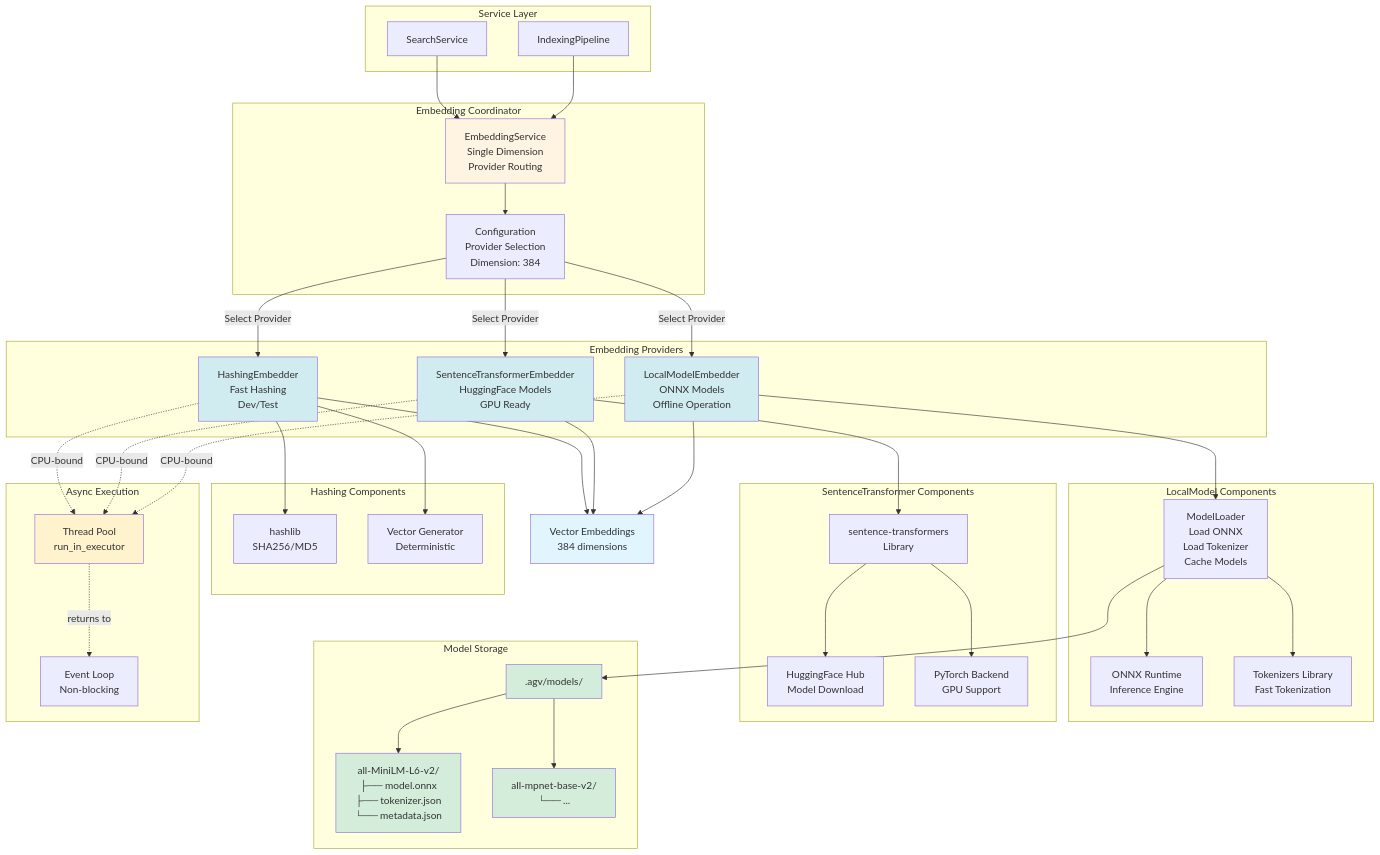
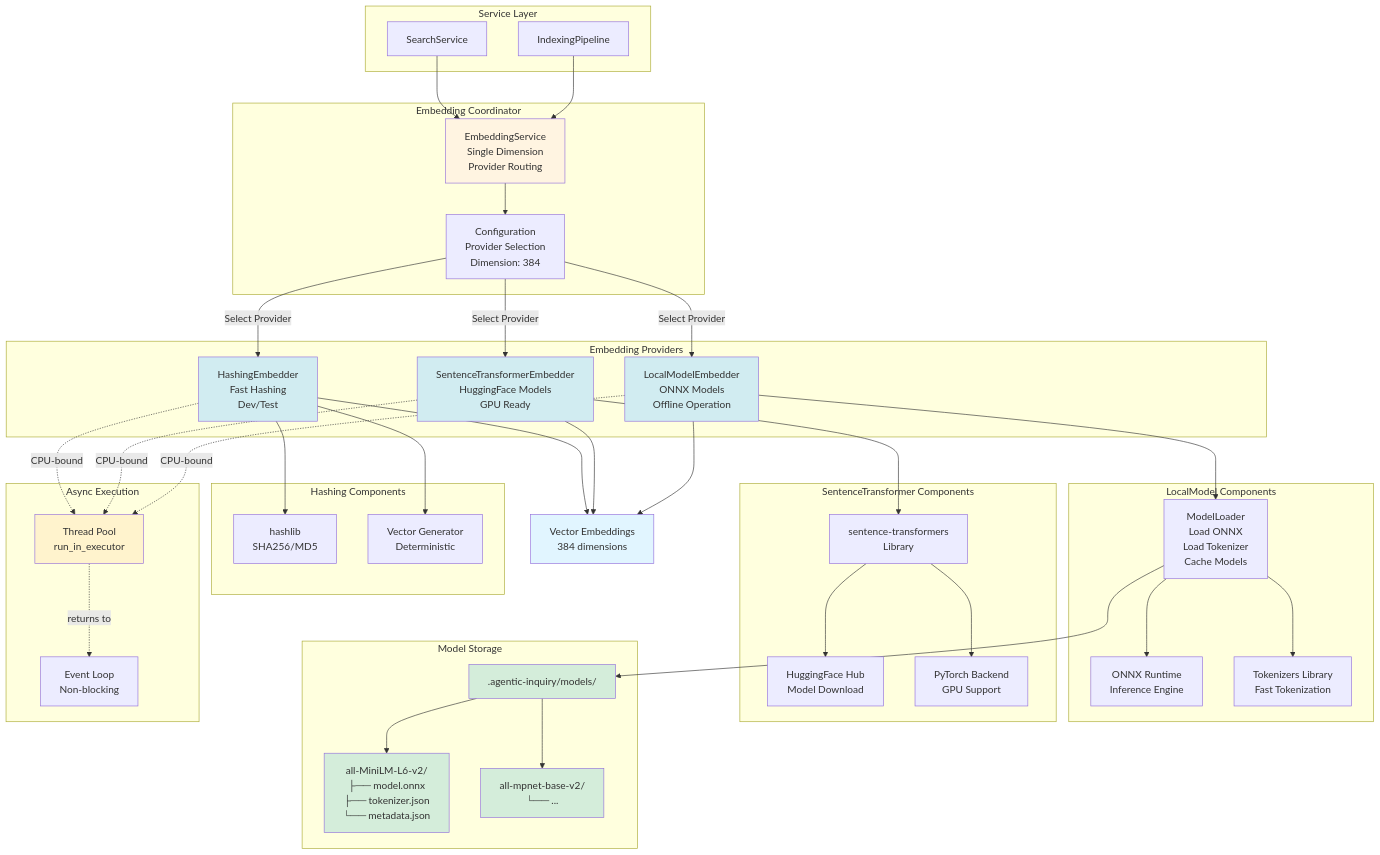
Before and after one commit to Sbasha/agentic-inquiry: diagram 14 of 14 in docs/architecture/overview.md, drawn with Mermaid. The commit also changed other lines of this file and 1334 other files, not shown here.

First line of the commit message:
Rename the package, command, plugins and configuration to Agentic Inquiry and ai

```diff
--- a/docs/architecture/overview.md
+++ b/docs/architecture/overview.md
@@ -2622,7 +2622,7 @@
     end
     
     subgraph "Model Storage"
-        ModelDir[.agv/models/]
+        ModelDir[.agentic-inquiry/models/]
         Model1[all-MiniLM-L6-v2/<br/>├── model.onnx<br/>├── tokenizer.json<br/>└── metadata.json]
         Model2[all-mpnet-base-v2/<br/>└── ...]
     end
```
